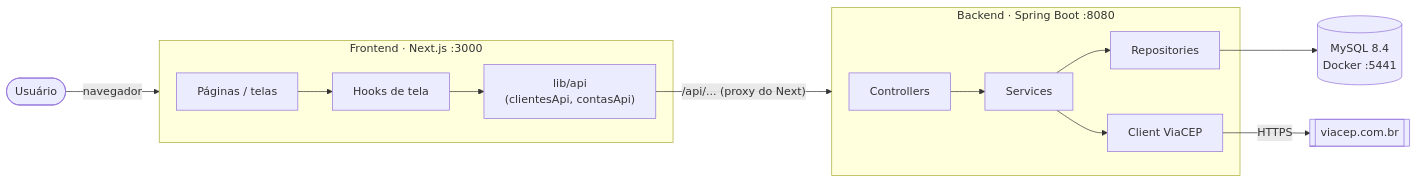
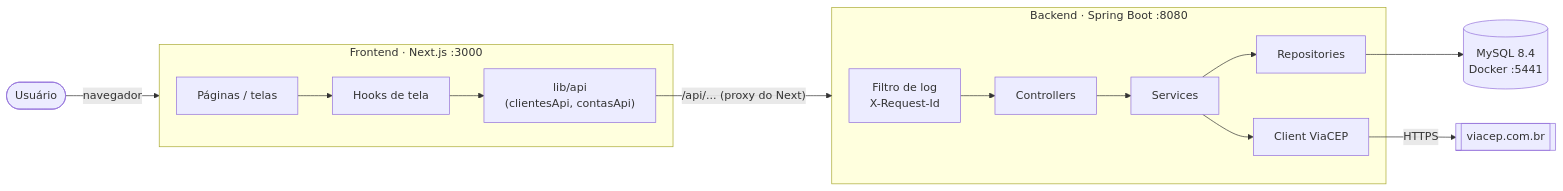
The diagram in README.md (k3vinrich4rd/rkf_bank), drawn with Mermaid before and after one commit. The commit also changed other lines of this file and 4 other files, not shown here.

````diff
--- a/README.md
+++ b/README.md
@@ -57,20 +67,21 @@
 ```mermaid
 flowchart LR
     U([Usuário]) -->|navegador| FE
 
     subgraph FE [Frontend · Next.js :3000]
         P[Páginas / telas] --> H[Hooks de tela]
         H --> API["lib/api<br/>(clientesApi, contasApi)"]
     end
 
     API -->|"/api/... (proxy do Next)"| BE
 
     subgraph BE [Backend · Spring Boot :8080]
-        C[Controllers] --> S[Services]
+        F[Filtro de log<br/>X-Request-Id] --> C[Controllers]
+        C --> S[Services]
         S --> R[Repositories]
         S --> V[Client ViaCEP]
     end
 
     R --> DB[(MySQL 8.4<br/>Docker :5441)]
     V -->|HTTPS| VC[[viacep.com.br]]
 ```
````
